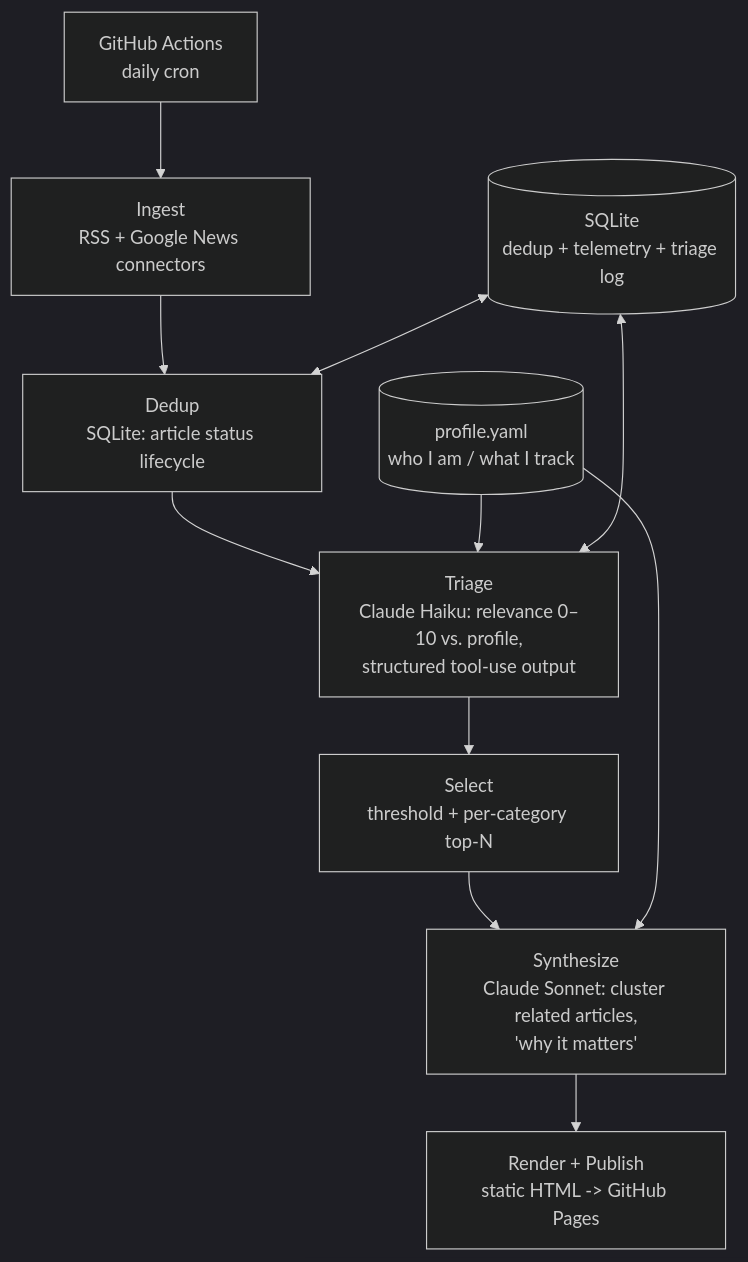
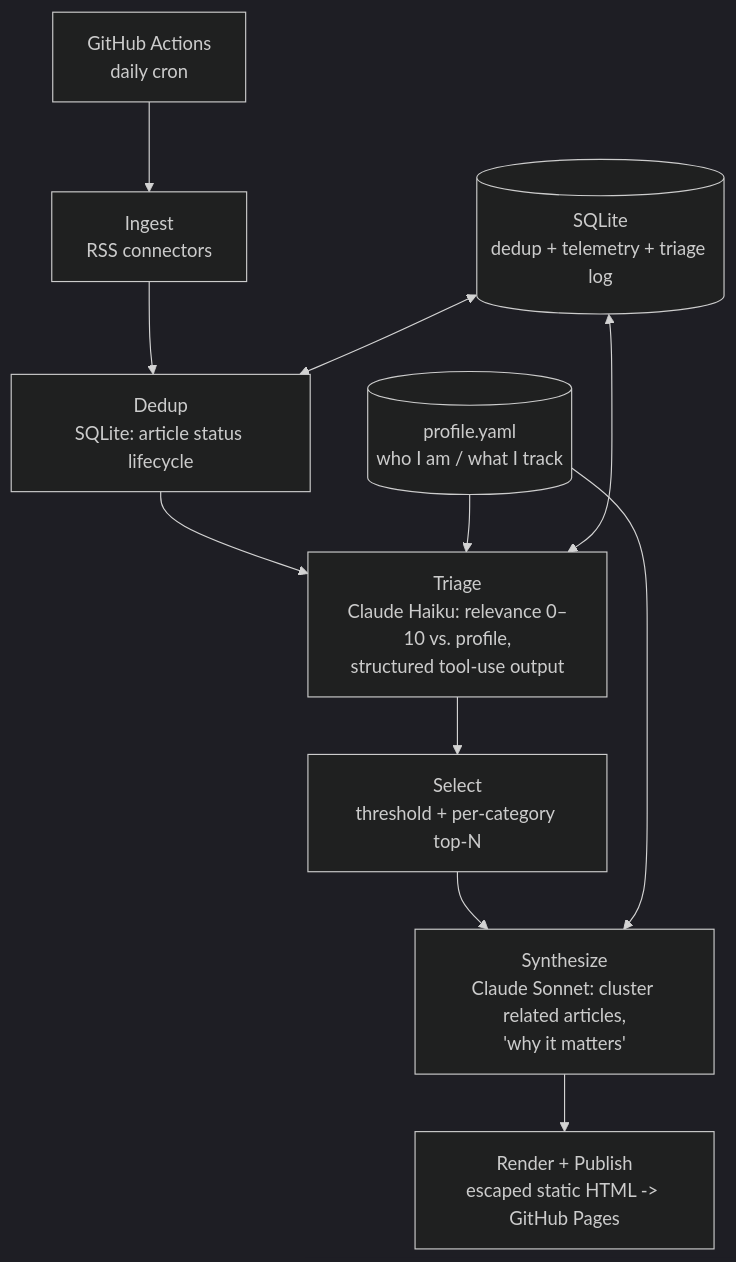
One commit to matoship/Daily_AI_Assistant changed the diagram in README.md. Above: the diagram before and after it, drawn with Mermaid (dark theme). The commit also changed other lines of this file and 2 other files, not shown here.

````diff
--- a/README.md
+++ b/README.md
@@ -15,13 +14,13 @@
 ```mermaid
 flowchart TD
-    A[Ingest<br/>RSS + Google News connectors] --> B[Dedup<br/>SQLite: article status lifecycle]
+    A[Ingest<br/>RSS connectors] --> B[Dedup<br/>SQLite: article status lifecycle]
     B --> C[Triage<br/>Claude Haiku: relevance 0–10 vs. profile,<br/>structured tool-use output]
     C --> D[Select<br/>threshold + per-category top-N]
     D --> E[Synthesize<br/>Claude Sonnet: cluster related articles,<br/>'why it matters']
-    E --> F[Render + Publish<br/>static HTML -> GitHub Pages]
+    E --> F[Render + Publish<br/>escaped static HTML -> GitHub Pages]
     P[(profile.yaml<br/>who I am / what I track)] --> C
     P --> E
     S[(SQLite<br/>dedup + telemetry + triage log)] <--> B
     S <--> C
     G[GitHub Actions<br/>daily cron] --> A
 ```
````
